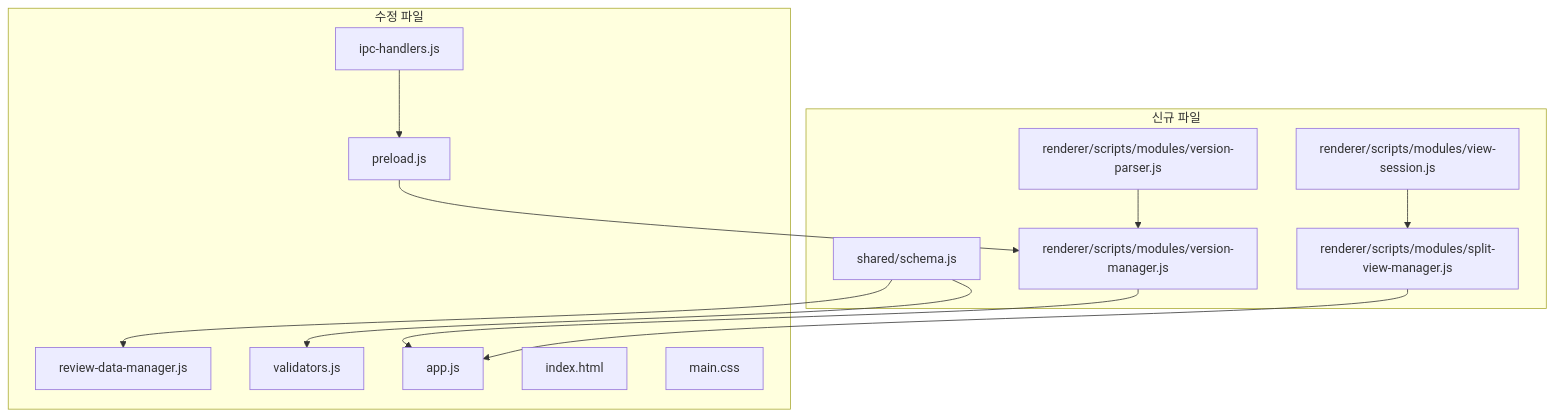
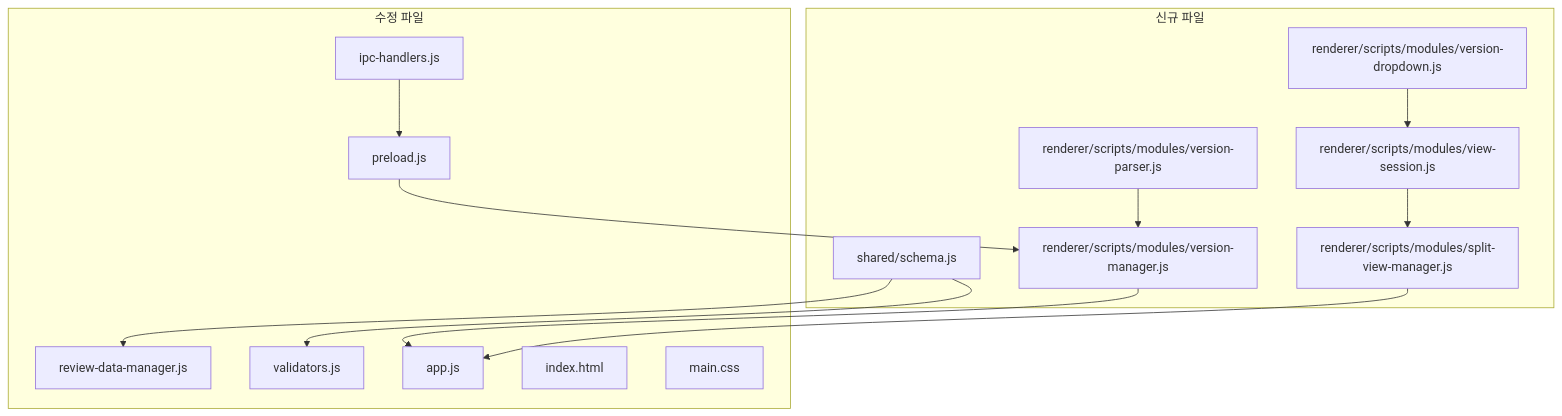
Diagram 14 of 14 in DEVLOG/버전관리시스템-개발.md (baehandoridori/BAEFRAME), drawn with Mermaid before and after one commit. The commit also changed other lines of this file, not shown here.

````diff
--- a/DEVLOG/버전관리시스템-개발.md
+++ b/DEVLOG/버전관리시스템-개발.md
@@ -738,29 +943,31 @@
 ```mermaid
 graph TD
     subgraph 신규 파일
         SC[shared/schema.js]
         VP[renderer/scripts/modules/version-parser.js]
         VM[renderer/scripts/modules/version-manager.js]
         SV[renderer/scripts/modules/split-view-manager.js]
         VS[renderer/scripts/modules/view-session.js]
+        VD[renderer/scripts/modules/version-dropdown.js]
     end
 
     subgraph 수정 파일
         RDM[review-data-manager.js]
         VAL[validators.js]
         APP[app.js]
         HTML[index.html]
         CSS[main.css]
         IPC[ipc-handlers.js]
         PRE[preload.js]
     end
 
     SC --> RDM
     SC --> VAL
     VP --> VM
     VM --> APP
     VS --> SV
+    VD --> VS
     SV --> APP
     IPC --> PRE
     PRE --> VM
 ```
````
